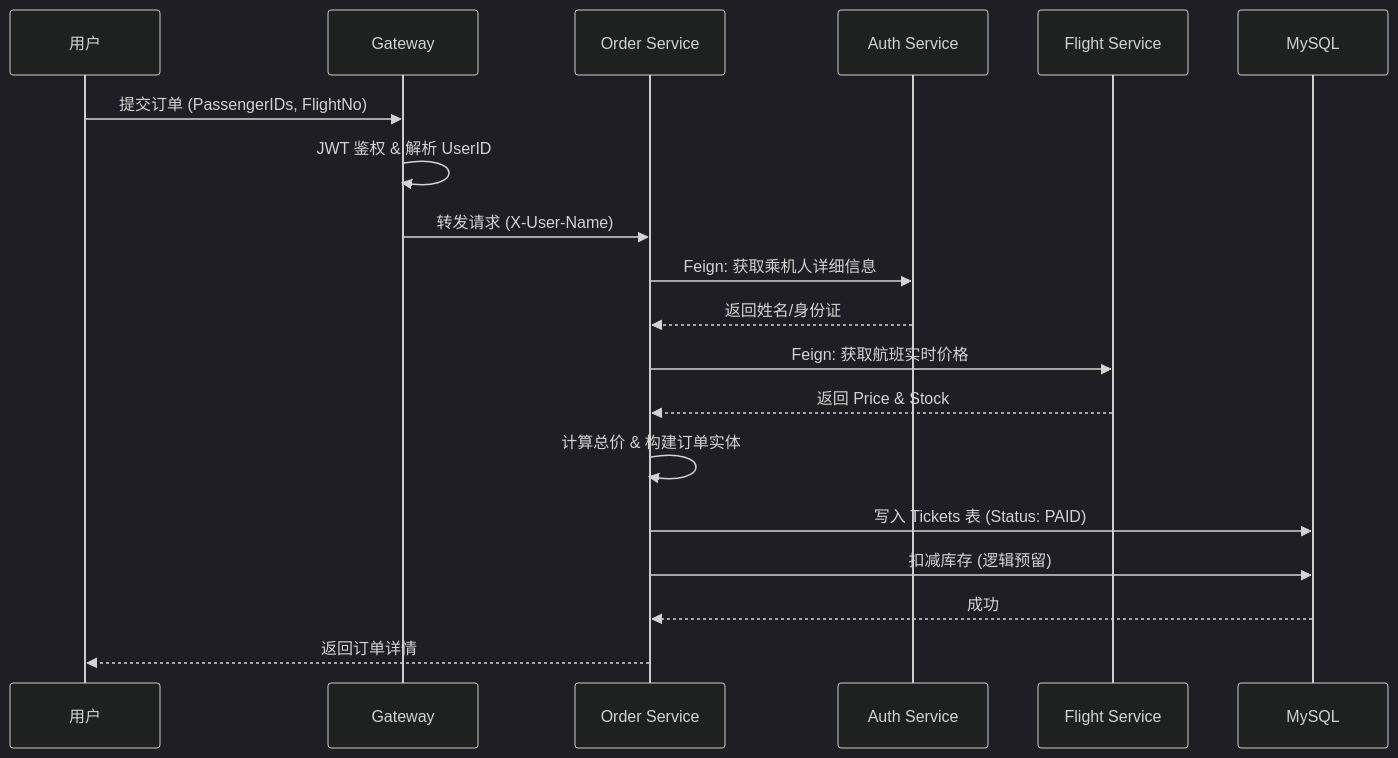
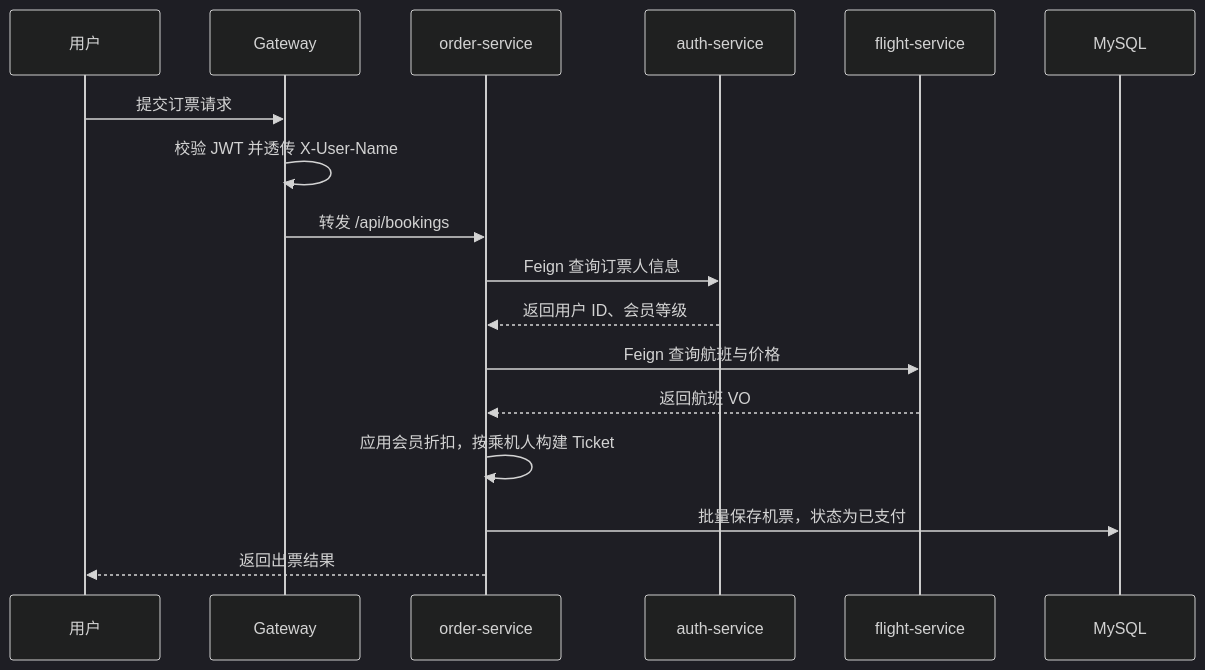
Before and after one commit to AndyXuPrime/PlaneTickets_courseDesign: the second of 3 diagrams in README.md, drawn with Mermaid (dark theme). The commit also changed other lines of this file, not shown here.

````diff
--- a/README.md
+++ b/README.md
@@ -78,22 +92,20 @@
 ```mermaid
 sequenceDiagram
     participant U as 用户
     participant G as Gateway
-    participant O as Order Service
-    participant A as Auth Service
-    participant F as Flight Service
+    participant O as order-service
+    participant A as auth-service
+    participant F as flight-service
     participant DB as MySQL
 
-    U->>G: 提交订单 (PassengerIDs, FlightNo)
-    G->>G: JWT 鉴权 & 解析 UserID
-    G->>O: 转发请求 (X-User-Name)
-    O->>A: Feign: 获取乘机人详细信息
-    A-->>O: 返回姓名/身份证
-    O->>F: Feign: 获取航班实时价格
-    F-->>O: 返回 Price & Stock
-    O->>O: 计算总价 & 构建订单实体
-    O->>DB: 写入 Tickets 表 (Status: PAID)
-    O->>DB: 扣减库存 (逻辑预留)
-    DB-->>O: 成功
-    O-->>U: 返回订单详情
+    U->>G: 提交订票请求
+    G->>G: 校验 JWT 并透传 X-User-Name
+    G->>O: 转发 /api/bookings
+    O->>A: Feign 查询订票人信息
+    A-->>O: 返回用户 ID、会员等级
+    O->>F: Feign 查询航班与价格
+    F-->>O: 返回航班 VO
+    O->>O: 应用会员折扣，按乘机人构建 Ticket
+    O->>DB: 批量保存机票，状态为已支付
+    O-->>U: 返回出票结果
 ```
````
